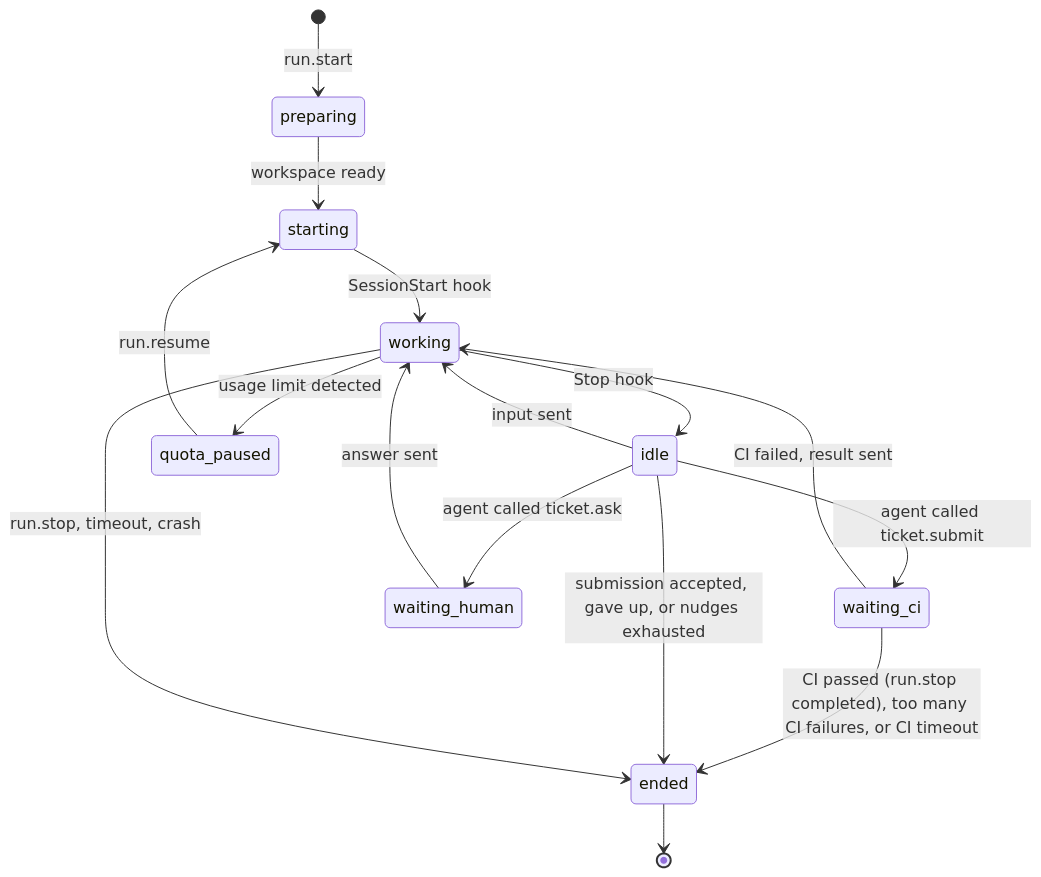
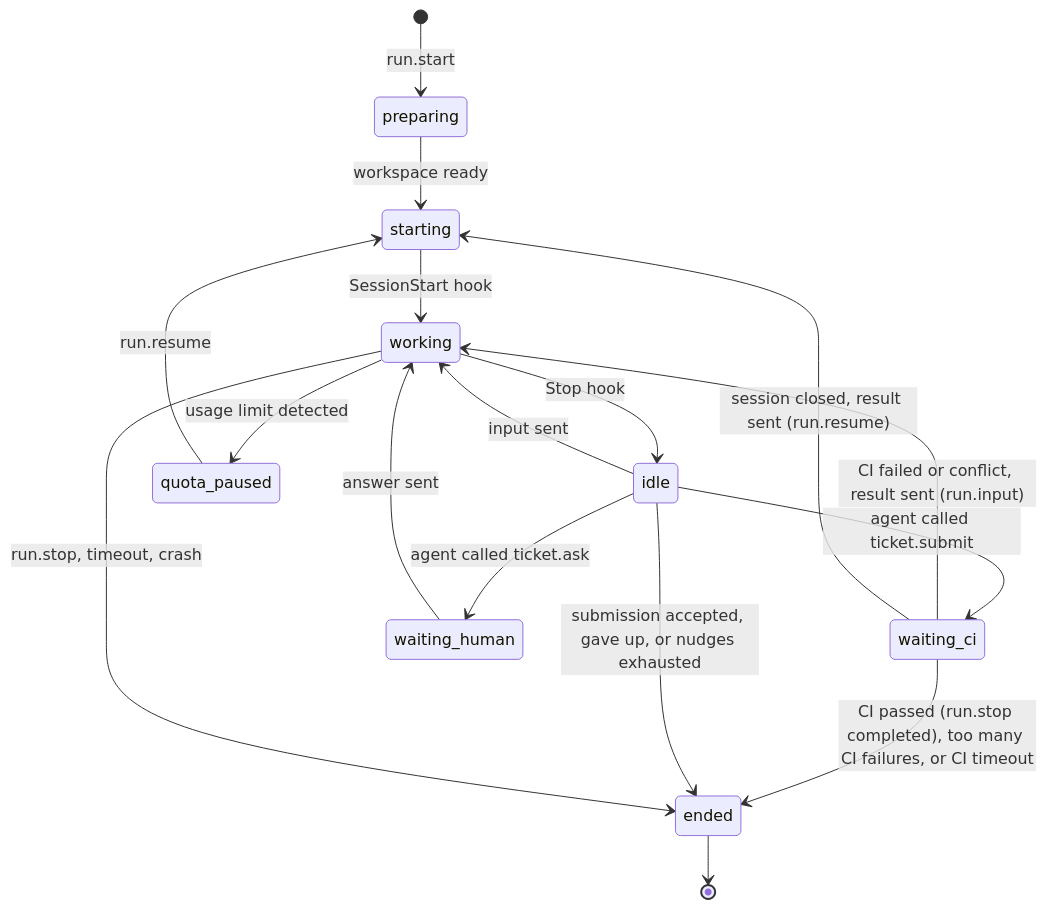
Before and after one commit to msincikpaeerl/orchestrator: the diagram in docs/specs/05-daemon.md, drawn with Mermaid. The commit also changed other lines of this file and 1 other file, not shown here.

Commit message:
docs(specs): the daemon's side of CI results sent back (05) and its tests

````diff
--- a/docs/specs/05-daemon.md
+++ b/docs/specs/05-daemon.md
@@ -234,18 +234,19 @@
 ```mermaid
 stateDiagram-v2
     [*] --> preparing: run.start
     preparing --> starting: workspace ready
     starting --> working: SessionStart hook
     working --> idle: Stop hook
     idle --> working: input sent
     idle --> waiting_ci: agent called ticket.submit
-    waiting_ci --> working: CI failed, result sent
+    waiting_ci --> working: CI failed or conflict, result sent (run.input)
+    waiting_ci --> starting: session closed, result sent (run.resume)
     waiting_ci --> ended: CI passed (run.stop completed), too many CI failures, or CI timeout
     idle --> waiting_human: agent called ticket.ask
     waiting_human --> working: answer sent
     working --> quota_paused: usage limit detected
     quota_paused --> starting: run.resume
     idle --> ended: submission accepted, gave up, or nudges exhausted
     working --> ended: run.stop, timeout, crash
     ended --> [*]
 ```
````
